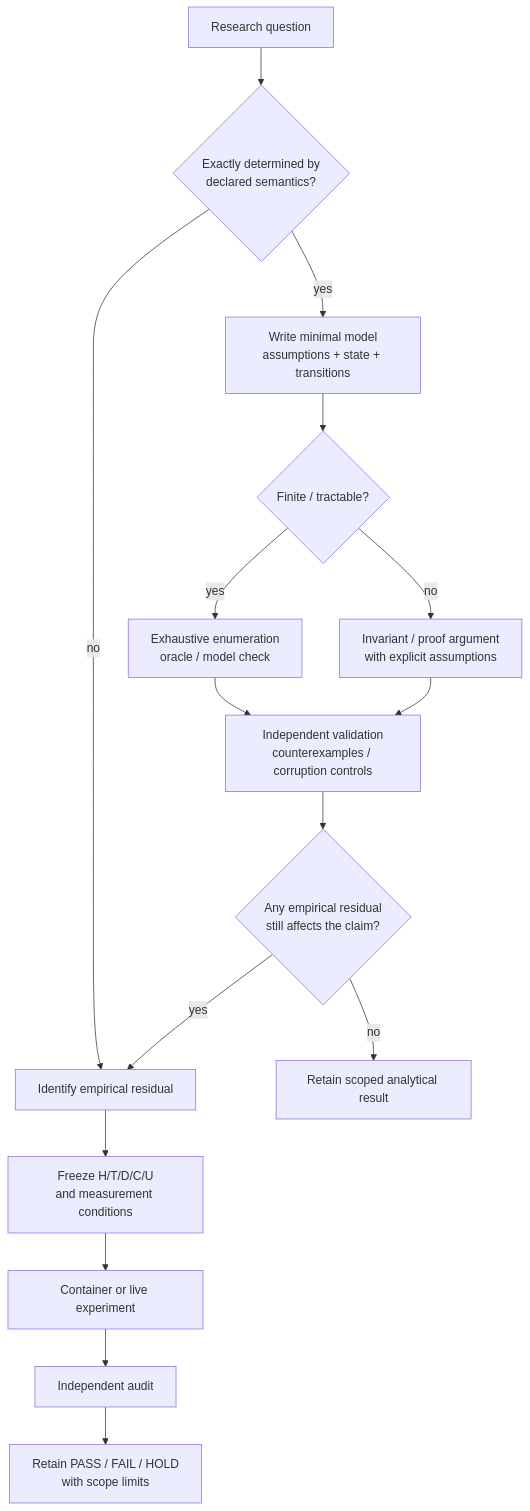
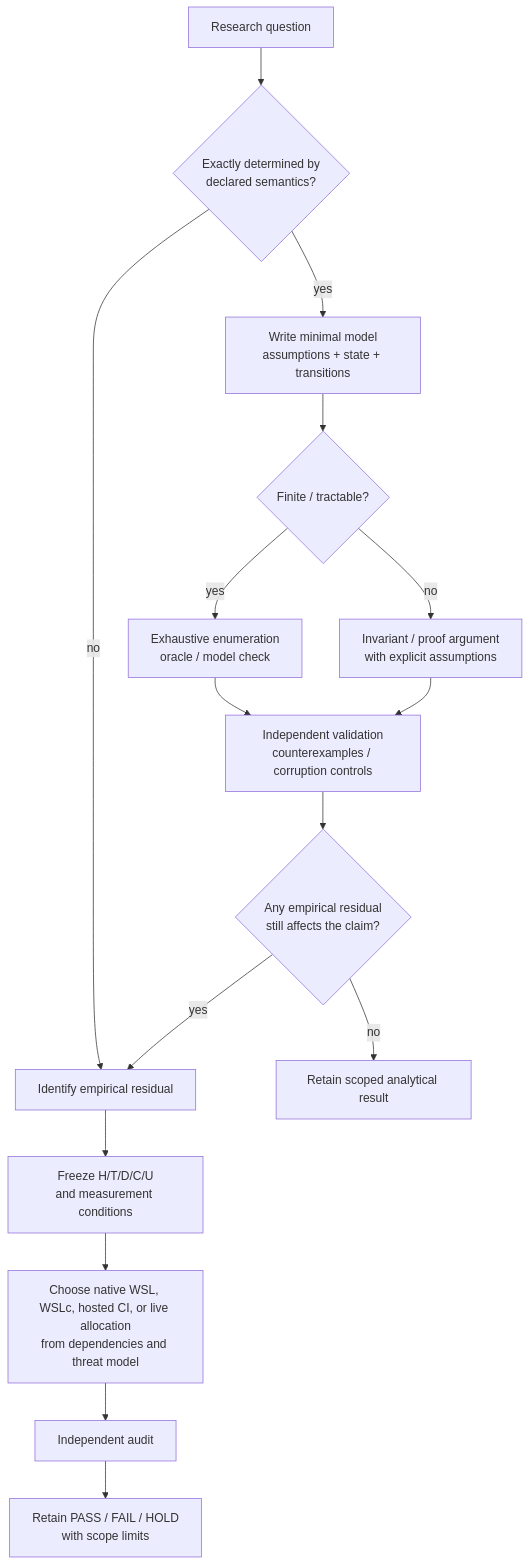
Before and after one commit to Unjuno/agent-interface: the first of 2 diagrams in docs/RESEARCH_METHOD.md, drawn with Mermaid. The commit also changed other lines of this file and 6 other files, not shown here.

Commit message:
docs: select native WSL or WSLc for research iterations

````diff
--- a/docs/RESEARCH_METHOD.md
+++ b/docs/RESEARCH_METHOD.md
@@ -16,18 +18,18 @@
 ```mermaid
 flowchart TD
     Q[Research question] --> A{Exactly determined by<br/>declared semantics?}
     A -->|yes| M[Write minimal model<br/>assumptions + state + transitions]
     M --> P{Finite / tractable?}
     P -->|yes| X[Exhaustive enumeration<br/>oracle / model check]
     P -->|no| R[Invariant / proof argument<br/>with explicit assumptions]
     X --> V[Independent validation<br/>counterexamples / corruption controls]
     R --> V
     A -->|no| E[Identify empirical residual]
     V --> G{Any empirical residual<br/>still affects the claim?}
     G -->|no| K[Retain scoped analytical result]
     G -->|yes| E
     E --> F[Freeze H/T/D/C/U<br/>and measurement conditions]
-    F --> C[Container or live experiment]
+    F --> C[Choose native WSL, WSLc, hosted CI, or live allocation<br/>from dependencies and threat model]
     C --> I[Independent audit]
     I --> Z[Retain PASS / FAIL / HOLD<br/>with scope limits]
 ```
````
